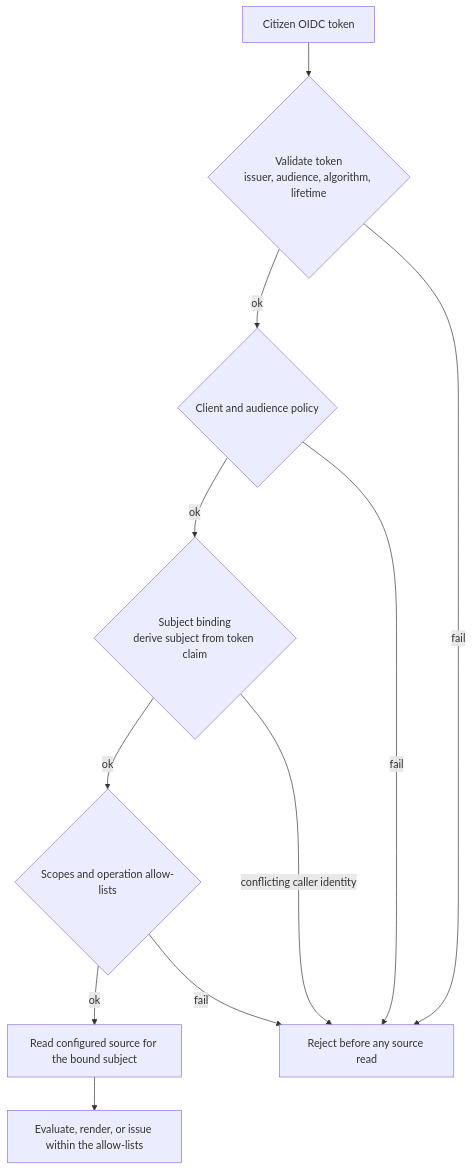
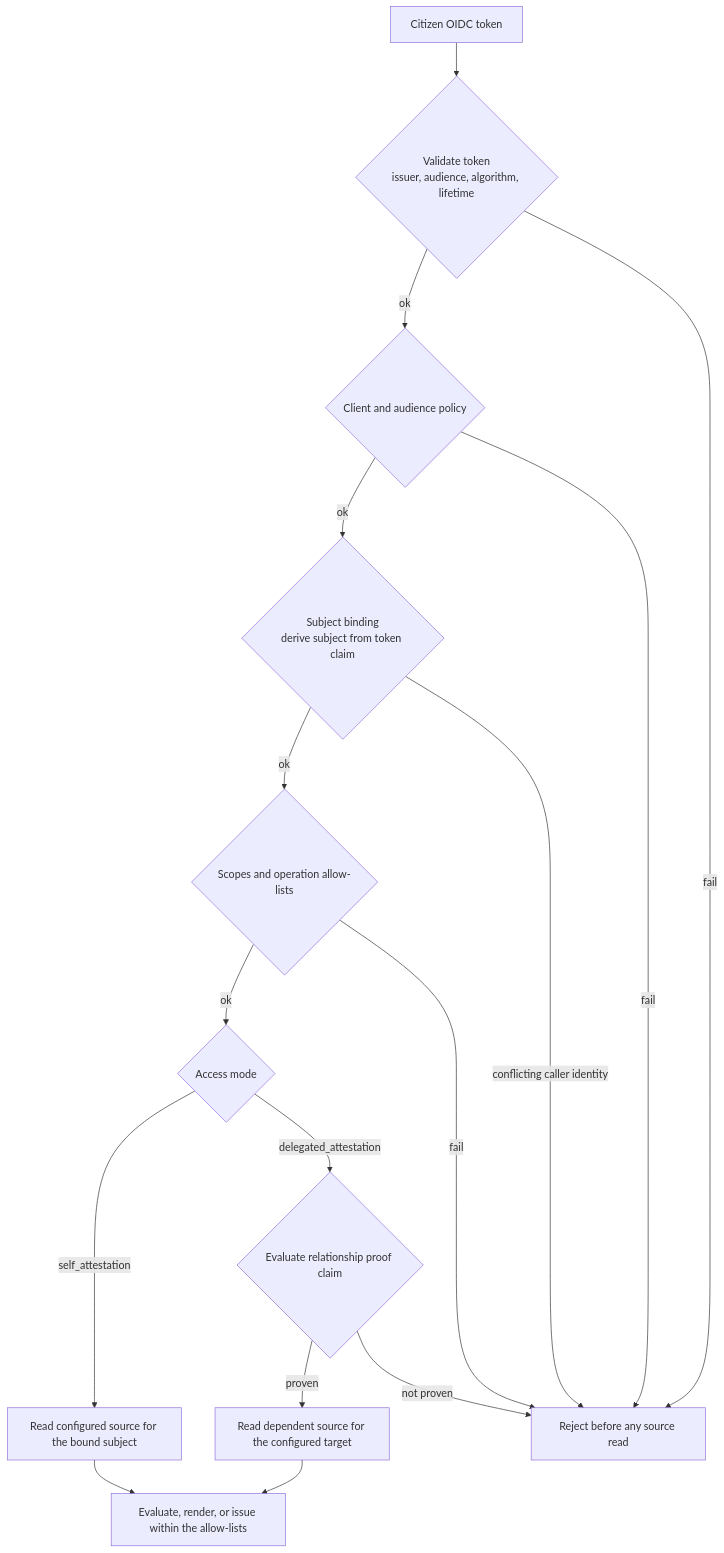
Before and after one commit to registrystack/registry-stack: the diagram in imports/registry-notary/docs/self-attestation-operator-guide.md, drawn with Mermaid. The commit also changed other lines of this file and 4 other files, not shown here.

Commit message:
Document delegated self-attestation

````diff
--- a/imports/registry-notary/docs/self-attestation-operator-guide.md
+++ b/imports/registry-notary/docs/self-attestation-operator-guide.md
@@ -27,13 +31,18 @@
 ```mermaid
 flowchart TD
   Tok["Citizen OIDC token"] --> V{"Validate token<br/>issuer, audience, algorithm, lifetime"}
   V -- "ok" --> C{"Client and audience policy"}
   C -- "ok" --> S{"Subject binding<br/>derive subject from token claim"}
   S -- "ok" --> Sc{"Scopes and operation allow-lists"}
-  Sc -- "ok" --> Read["Read configured source for the bound subject"]
+  Sc -- "ok" --> M{"Access mode"}
+  M -- "self_attestation" --> Read["Read configured source for the bound subject"]
+  M -- "delegated_attestation" --> P{"Evaluate relationship proof claim"}
+  P -- "proven" --> ReadDep["Read dependent source for the configured target"]
   Read --> Op["Evaluate, render, or issue within the allow-lists"]
+  ReadDep --> Op
   V -- "fail" --> X["Reject before any source read"]
   C -- "fail" --> X
   S -- "conflicting caller identity" --> X
   Sc -- "fail" --> X
+  P -- "not proven" --> X
 ```
````
